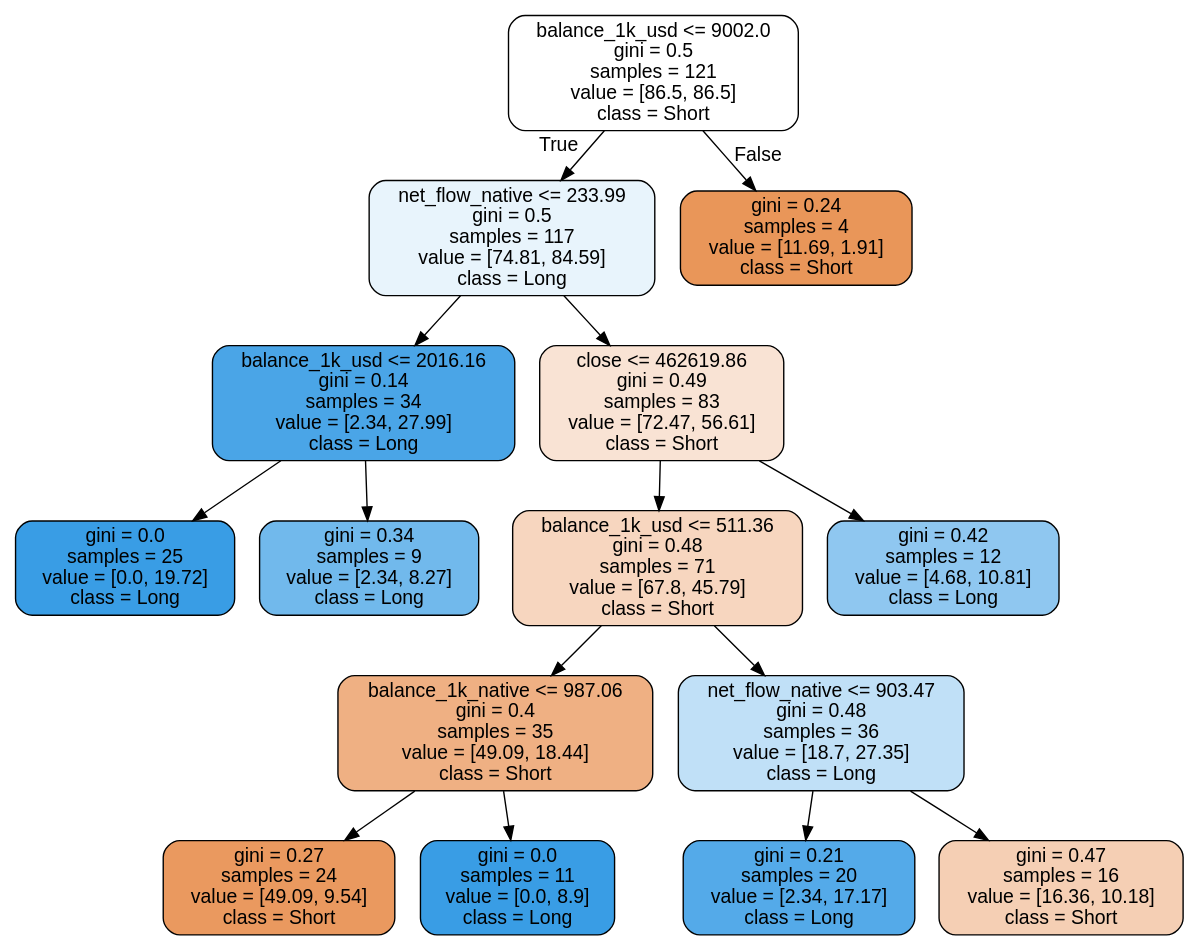
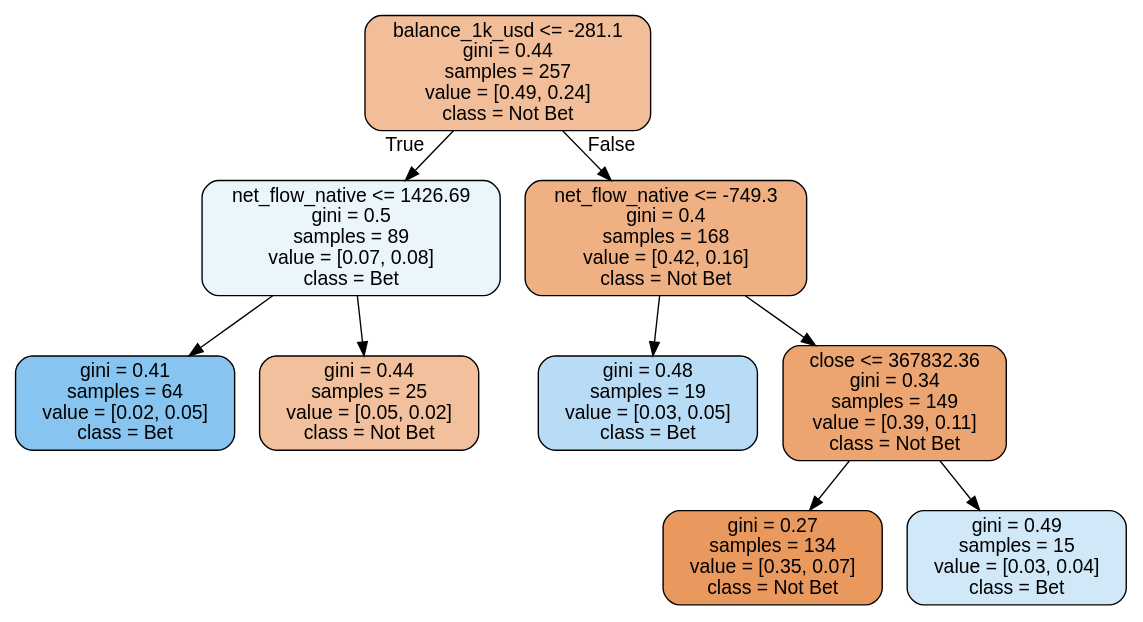
Before and after one commit to Ericclck/FinancialModeling: the diagram in plots/BTC/balance/tree/rf_3.dot, drawn with Graphviz. The commit also changed 29 other files, not shown here.

```diff
--- a/plots/BTC/balance/tree/rf_3.dot
+++ b/plots/BTC/balance/tree/rf_3.dot
@@ -1,33 +1,21 @@
 digraph Tree {
 node [shape=box, style="filled, rounded", color="black", fontname="helvetica"] ;
 edge [fontname="helvetica"] ;
-0 [label="balance_1k_usd <= 9002.0\ngini = 0.5\nsamples = 121\nvalue = [86.5, 86.5]\nclass = Short", fillcolor="#ffffff"] ;
-1 [label="net_flow_native <= 233.99\ngini = 0.5\nsamples = 117\nvalue = [74.81, 84.59]\nclass = Long", fillcolor="#e8f4fc"] ;
+0 [label="balance_1k_usd <= -281.1\ngini = 0.44\nsamples = 257\nvalue = [0.49, 0.24]\nclass = Not Bet", fillcolor="#f2be99"] ;
+1 [label="net_flow_native <= 1426.69\ngini = 0.5\nsamples = 89\nvalue = [0.07, 0.08]\nclass = Bet", fillcolor="#eaf5fc"] ;
 0 -> 1 [labeldistance=2.5, labelangle=45, headlabel="True"] ;
-2 [label="balance_1k_usd <= 2016.16\ngini = 0.14\nsamples = 34\nvalue = [2.34, 27.99]\nclass = Long", fillcolor="#4aa5e7"] ;
+2 [label="gini = 0.41\nsamples = 64\nvalue = [0.02, 0.05]\nclass = Bet", fillcolor="#87c4ef"] ;
 1 -> 2 ;
-3 [label="gini = 0.0\nsamples = 25\nvalue = [0.0, 19.72]\nclass = Long", fillcolor="#399de5"] ;
-2 -> 3 ;
-4 [label="gini = 0.34\nsamples = 9\nvalue = [2.34, 8.27]\nclass = Long", fillcolor="#71b9ec"] ;
-2 -> 4 ;
-5 [label="close <= 462619.86\ngini = 0.49\nsamples = 83\nvalue = [72.47, 56.61]\nclass = Short", fillcolor="#f9e3d4"] ;
-1 -> 5 ;
-6 [label="balance_1k_usd <= 511.36\ngini = 0.48\nsamples = 71\nvalue = [67.8, 45.79]\nclass = Short", fillcolor="#f7d6bf"] ;
-5 -> 6 ;
-7 [label="balance_1k_native <= 987.06\ngini = 0.4\nsamples = 35\nvalue = [49.09, 18.44]\nclass = Short", fillcolor="#efb083"] ;
+3 [label="gini = 0.44\nsamples = 25\nvalue = [0.05, 0.02]\nclass = Not Bet", fillcolor="#f2c09c"] ;
+1 -> 3 ;
+4 [label="net_flow_native <= -749.3\ngini = 0.4\nsamples = 168\nvalue = [0.42, 0.16]\nclass = Not Bet", fillcolor="#efb184"] ;
+0 -> 4 [labeldistance=2.5, labelangle=-45, headlabel="False"] ;
+5 [label="gini = 0.48\nsamples = 19\nvalue = [0.03, 0.05]\nclass = Bet", fillcolor="#b8dcf6"] ;
+4 -> 5 ;
+6 [label="close <= 367832.36\ngini = 0.34\nsamples = 149\nvalue = [0.39, 0.11]\nclass = Not Bet", fillcolor="#eca471"] ;
+4 -> 6 ;
+7 [label="gini = 0.27\nsamples = 134\nvalue = [0.35, 0.07]\nclass = Not Bet", fillcolor="#ea995e"] ;
 6 -> 7 ;
-8 [label="gini = 0.27\nsamples = 24\nvalue = [49.09, 9.54]\nclass = Short", fillcolor="#ea995f"] ;
-7 -> 8 ;
-9 [label="gini = 0.0\nsamples = 11\nvalue = [0.0, 8.9]\nclass = Long", fillcolor="#399de5"] ;
-7 -> 9 ;
-10 [label="net_flow_native <= 903.47\ngini = 0.48\nsamples = 36\nvalue = [18.7, 27.35]\nclass = Long", fillcolor="#c0e0f7"] ;
-6 -> 10 ;
-11 [label="gini = 0.21\nsamples = 20\nvalue = [2.34, 17.17]\nclass = Long", fillcolor="#54aae9"] ;
-10 -> 11 ;
-12 [label="gini = 0.47\nsamples = 16\nvalue = [16.36, 10.18]\nclass = Short", fillcolor="#f5cfb4"] ;
-10 -> 12 ;
-13 [label="gini = 0.42\nsamples = 12\nvalue = [4.68, 10.81]\nclass = Long", fillcolor="#8fc7f0"] ;
-5 -> 13 ;
-14 [label="gini = 0.24\nsamples = 4\nvalue = [11.69, 1.91]\nclass = Short", fillcolor="#e99659"] ;
-0 -> 14 [labeldistance=2.5, labelangle=-45, headlabel="False"] ;
+8 [label="gini = 0.49\nsamples = 15\nvalue = [0.03, 0.04]\nclass = Bet", fillcolor="#d1e8f9"] ;
+6 -> 8 ;
 }
```
